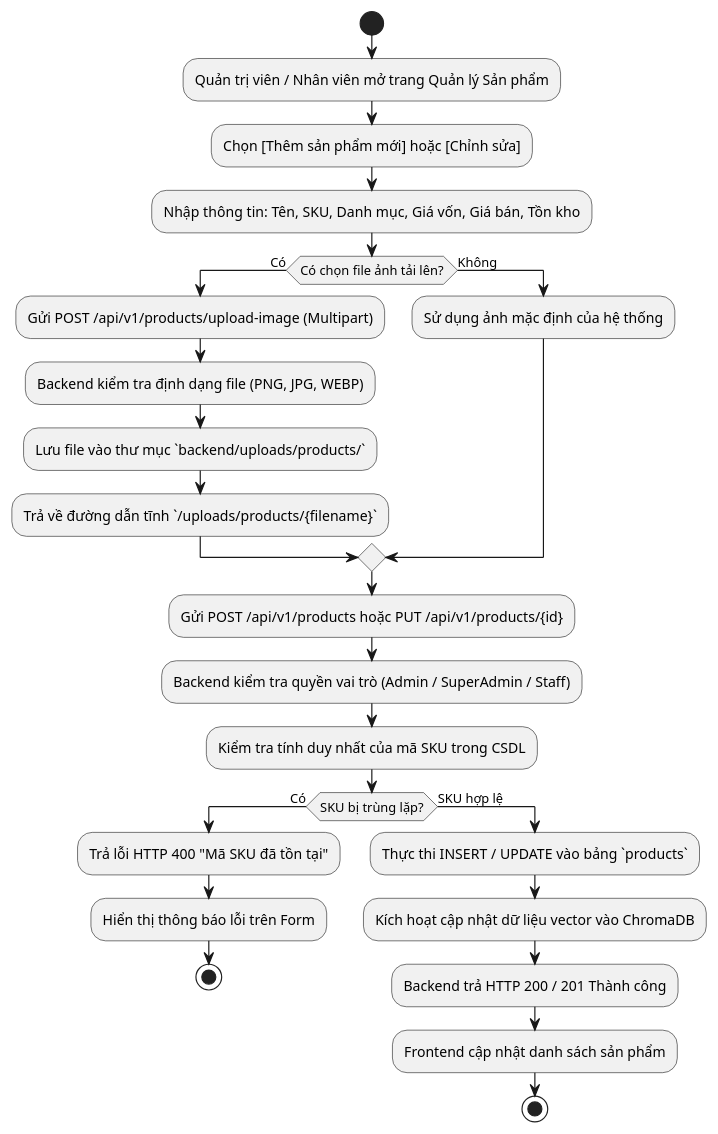
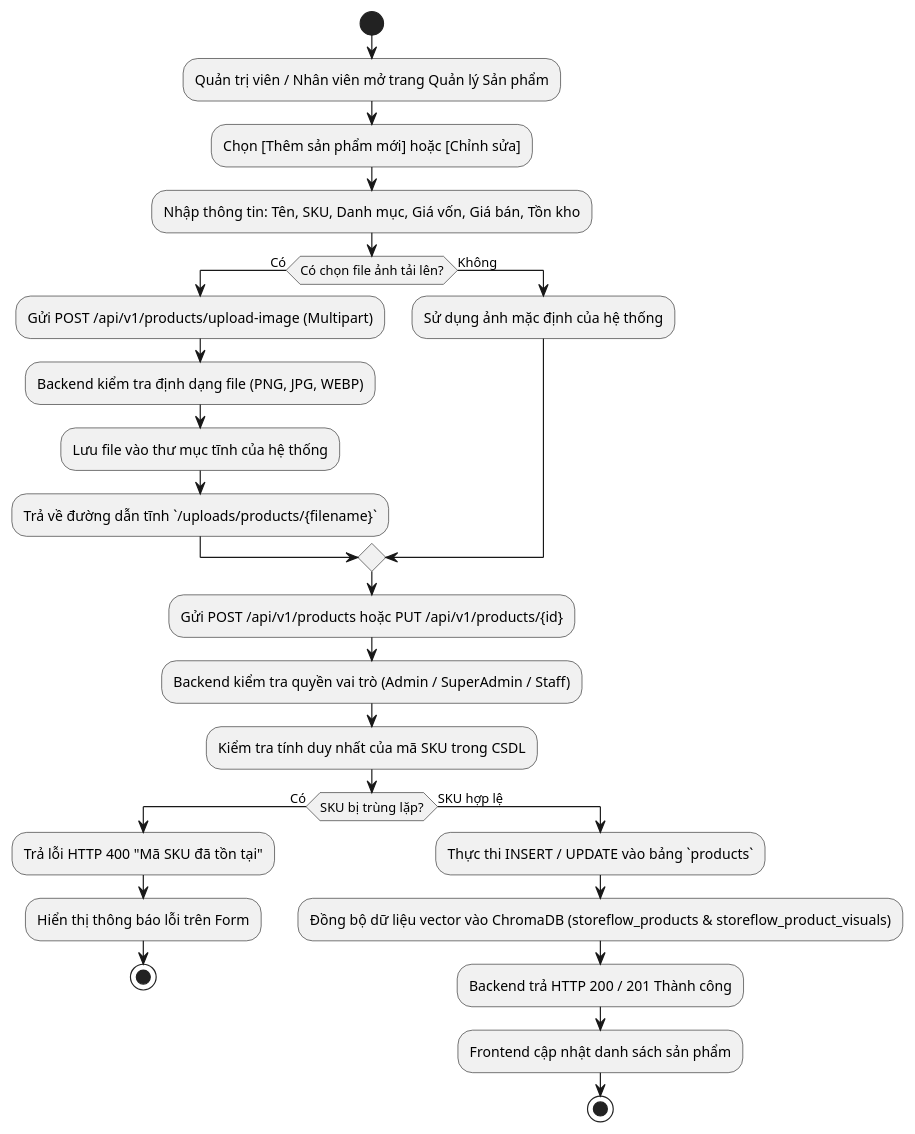
The diagram in docs/diagrams/UC004-product-activity.puml (Leoth01O2/WebStoreAI), drawn with PlantUML before and after one commit. The commit also changed 41 other files, not shown here.

```diff
--- a/docs/diagrams/UC004-product-activity.puml
+++ b/docs/diagrams/UC004-product-activity.puml
@@ -1,34 +1,34 @@
 @startuml
 skinparam defaultFontName "Arial"
 skinparam shadowing false
 
 start
 :Quản trị viên / Nhân viên mở trang Quản lý Sản phẩm;
 :Chọn [Thêm sản phẩm mới] hoặc [Chỉnh sửa];
 :Nhập thông tin: Tên, SKU, Danh mục, Giá vốn, Giá bán, Tồn kho;
 
 if (Có chọn file ảnh tải lên?) then (Có)
     :Gửi POST /api/v1/products/upload-image (Multipart);
     :Backend kiểm tra định dạng file (PNG, JPG, WEBP);
-    :Lưu file vào thư mục `backend/uploads/products/`;
+    :Lưu file vào thư mục tĩnh của hệ thống;
     :Trả về đường dẫn tĩnh `/uploads/products/{filename}`;
 else (Không)
     :Sử dụng ảnh mặc định của hệ thống;
 endif
 
 :Gửi POST /api/v1/products hoặc PUT /api/v1/products/{id};
 :Backend kiểm tra quyền vai trò (Admin / SuperAdmin / Staff);
 :Kiểm tra tính duy nhất của mã SKU trong CSDL;
 
 if (SKU bị trùng lặp?) then (Có)
     :Trả lỗi HTTP 400 "Mã SKU đã tồn tại";
     :Hiển thị thông báo lỗi trên Form;
     stop
 else (SKU hợp lệ)
     :Thực thi INSERT / UPDATE vào bảng `products`;
-    :Kích hoạt cập nhật dữ liệu vector vào ChromaDB;
+    :Đồng bộ dữ liệu vector vào ChromaDB (storeflow_products & storeflow_product_visuals);
     :Backend trả HTTP 200 / 201 Thành công;
     :Frontend cập nhật danh sách sản phẩm;
     stop
 endif
 @enduml
```
